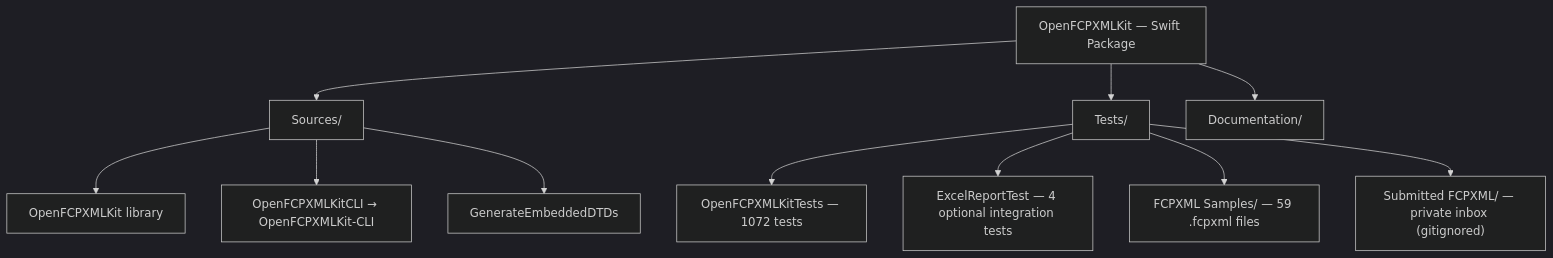
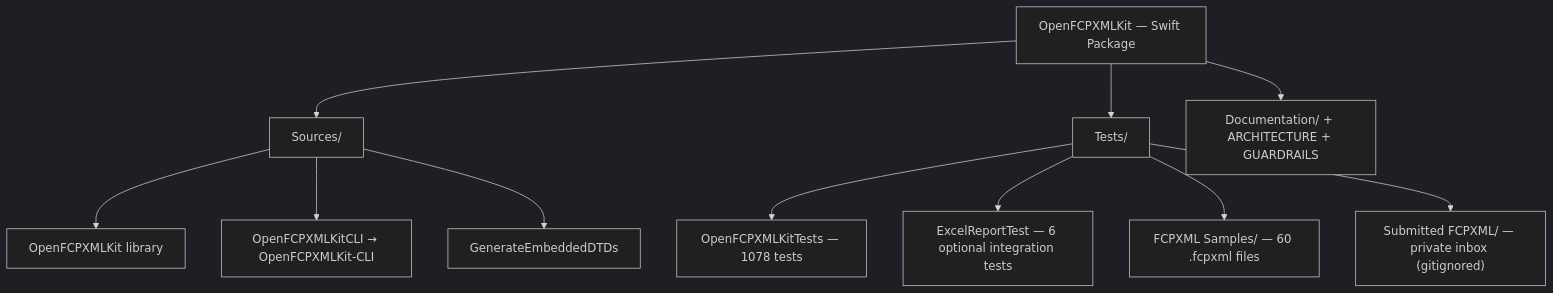
One commit to TheAcharya/OpenFCPXMLKit changed the first of 4 diagrams in ARCHITECTURE.md. Above: the diagram before and after it, drawn with Mermaid (dark theme). The commit also changed other lines of this file and 17 other files, not shown here.

First line of the commit message:
Release OpenFCPXMLKit 3.1.1 documentation sync.

````diff
--- a/ARCHITECTURE.md
+++ b/ARCHITECTURE.md
@@ -169,17 +173,17 @@
 ```mermaid
 flowchart TB
     Pkg["OpenFCPXMLKit — Swift Package"]
 
     Pkg --> SRC["Sources/"]
     Pkg --> TST["Tests/"]
-    Pkg --> DOC["Documentation/"]
+    Pkg --> DOC["Documentation/ + ARCHITECTURE + GUARDRAILS"]
 
     SRC --> LIB["OpenFCPXMLKit library"]
     SRC --> CLI["OpenFCPXMLKitCLI → OpenFCPXMLKit-CLI"]
     SRC --> GEN["GenerateEmbeddedDTDs"]
 
-    TST --> OKT["OpenFCPXMLKitTests — 1072 tests"]
-    TST --> ERT["ExcelReportTest — 4 optional integration tests"]
-    TST --> SMP["FCPXML Samples/ — 59 .fcpxml files"]
+    TST --> OKT["OpenFCPXMLKitTests — 1078 tests"]
+    TST --> ERT["ExcelReportTest — 6 optional integration tests"]
+    TST --> SMP["FCPXML Samples/ — 60 .fcpxml files"]
     TST --> SUB["Submitted FCPXML/ — private inbox (gitignored)"]
 ```
````
